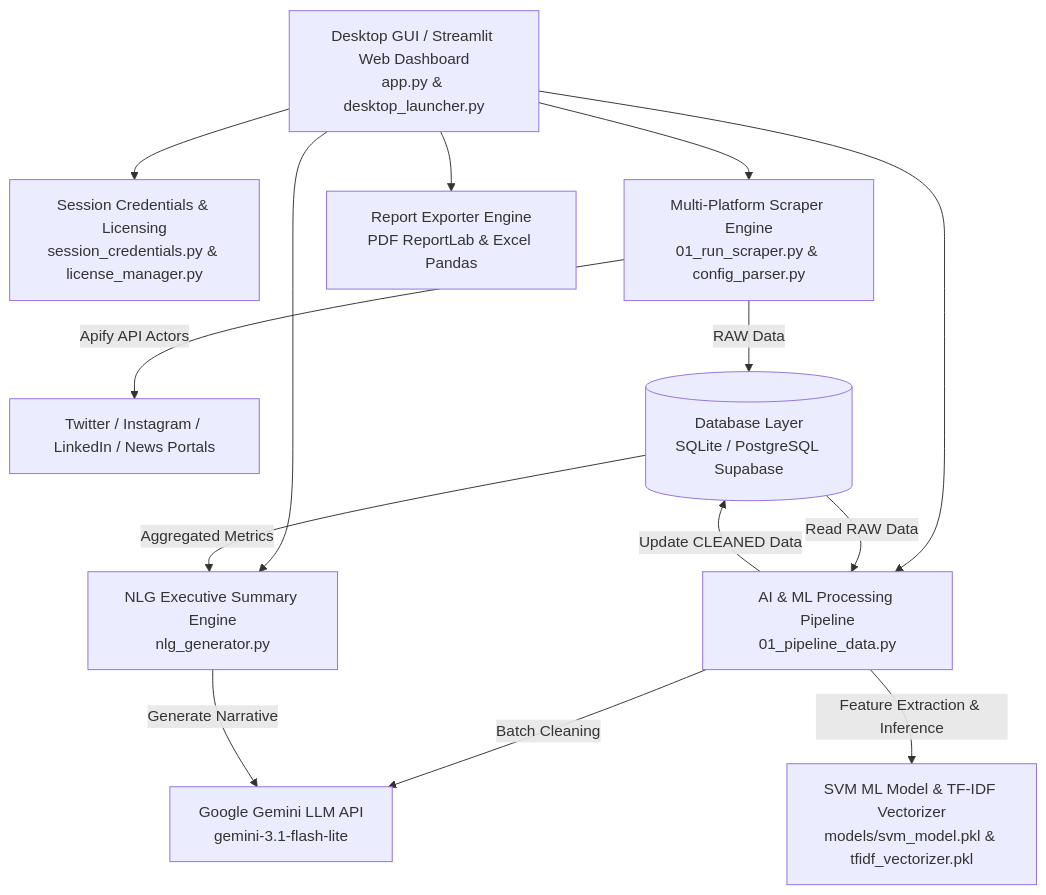
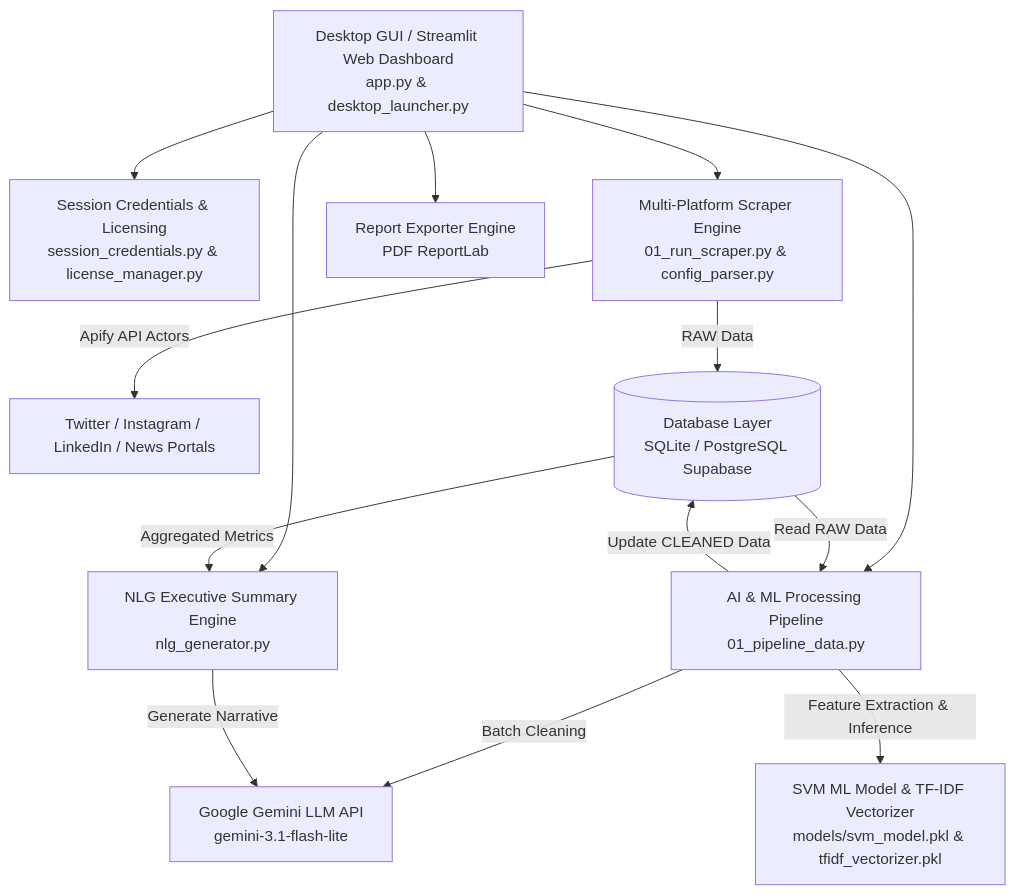
The diagram in README.md (ekacs/socmed-sentimen-analysis-pp), drawn with Mermaid before and after one commit. The commit also changed other lines of this file and 3 other files, not shown here.

````diff
--- a/README.md
+++ b/README.md
@@ -33,19 +33,19 @@
 ```mermaid
 graph TD
     UI[Desktop GUI / Streamlit Web Dashboard<br/>app.py & desktop_launcher.py] --> Session[Session Credentials & Licensing<br/>session_credentials.py & license_manager.py]
     UI --> Scraper[Multi-Platform Scraper Engine<br/>01_run_scraper.py & config_parser.py]
     Scraper -->|Apify API Actors| ExternalPlatforms[Twitter / Instagram / LinkedIn / News Portals]
     Scraper -->|RAW Data| DB[(Database Layer<br/>SQLite / PostgreSQL Supabase)]
   
     UI --> Pipeline[AI & ML Processing Pipeline<br/>01_pipeline_data.py]
     DB -->|Read RAW Data| Pipeline
     Pipeline -->|Batch Cleaning| Gemini[Google Gemini LLM API<br/>gemini-3.1-flash-lite]
     Pipeline -->|Feature Extraction & Inference| SVMModel[SVM ML Model & TF-IDF Vectorizer<br/>models/svm_model.pkl & tfidf_vectorizer.pkl]
     Pipeline -->|Update CLEANED Data| DB
   
     UI --> NLG[NLG Executive Summary Engine<br/>nlg_generator.py]
     DB -->|Aggregated Metrics| NLG
     NLG -->|Generate Narrative| Gemini
   
-    UI --> Export[Report Exporter Engine<br/>PDF ReportLab & Excel Pandas]
+    UI --> Export[Report Exporter Engine<br/>PDF ReportLab]
 ```
````
